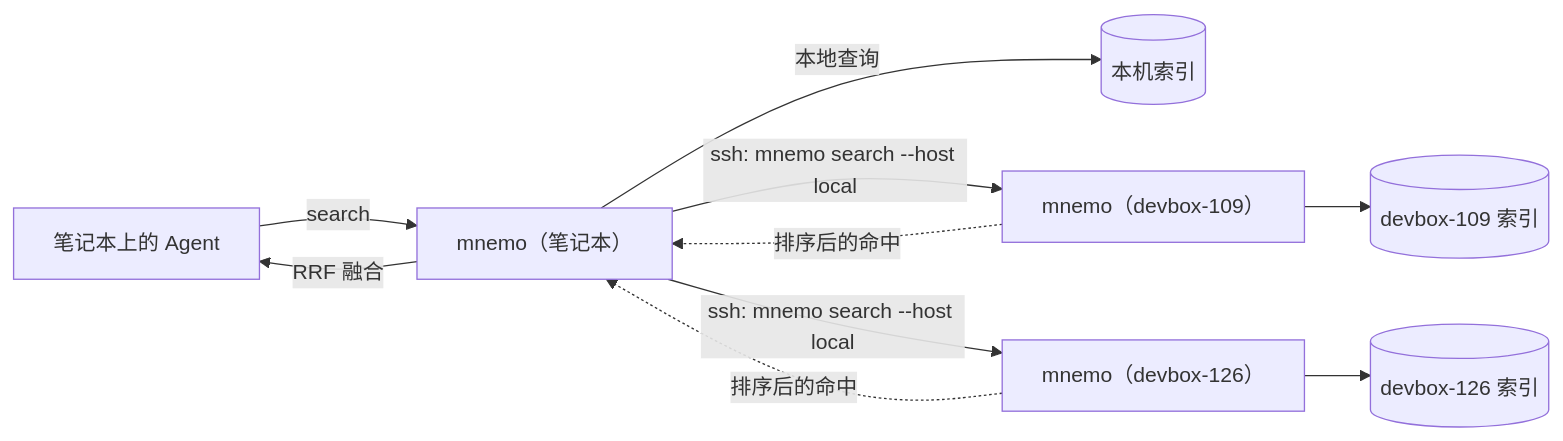
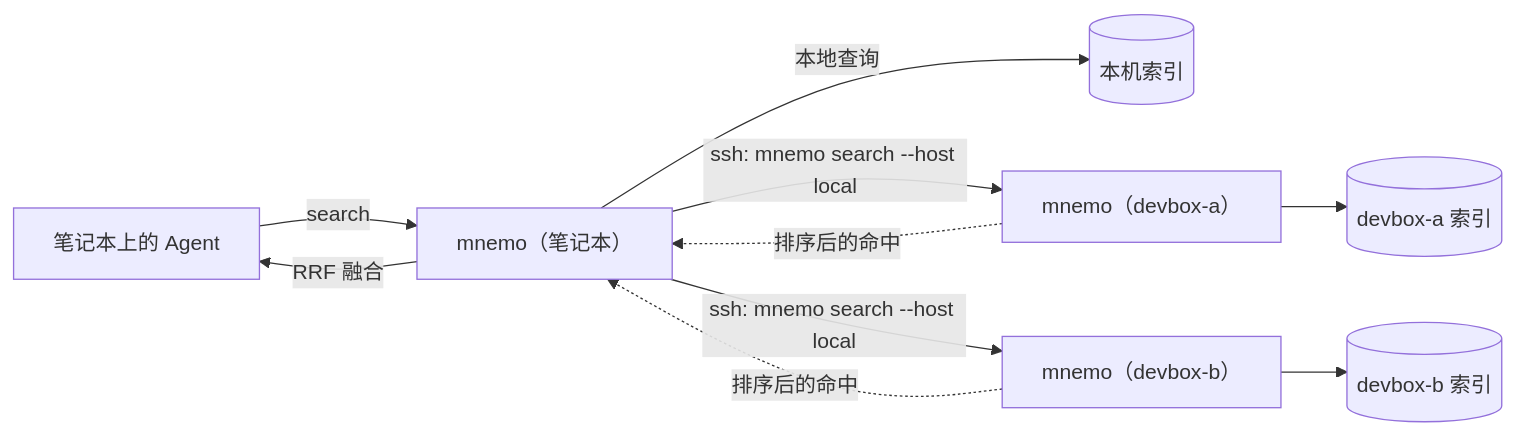
Before and after one commit to szupzj18/mnemo: the diagram in README.zh-CN.md, drawn with Mermaid. The commit also changed other lines of this file and 4 other files, not shown here.

````diff
--- a/README.zh-CN.md
+++ b/README.zh-CN.md
@@ -205,12 +205,12 @@
 ```mermaid
 flowchart LR
   A["笔记本上的 Agent"] -->|search| L["mnemo（笔记本）"]
   L -->|本地查询| LI[("本机索引")]
-  L -->|ssh: mnemo search --host local| R1["mnemo（devbox-109）"]
-  L -->|ssh: mnemo search --host local| R2["mnemo（devbox-126）"]
-  R1 --> I1[("devbox-109 索引")]
-  R2 --> I2[("devbox-126 索引")]
+  L -->|ssh: mnemo search --host local| R1["mnemo（devbox-a）"]
+  L -->|ssh: mnemo search --host local| R2["mnemo（devbox-b）"]
+  R1 --> I1[("devbox-a 索引")]
+  R2 --> I2[("devbox-b 索引")]
   R1 -. 排序后的命中 .-> L
   R2 -. 排序后的命中 .-> L
   L -->|RRF 融合| A
 ```
````
